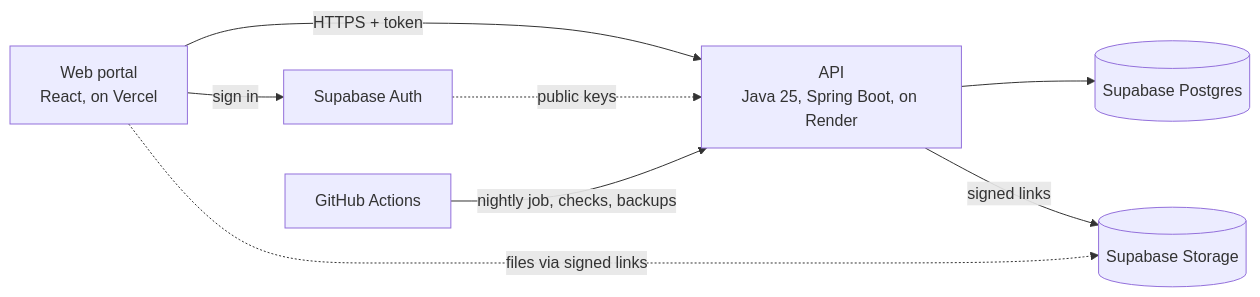
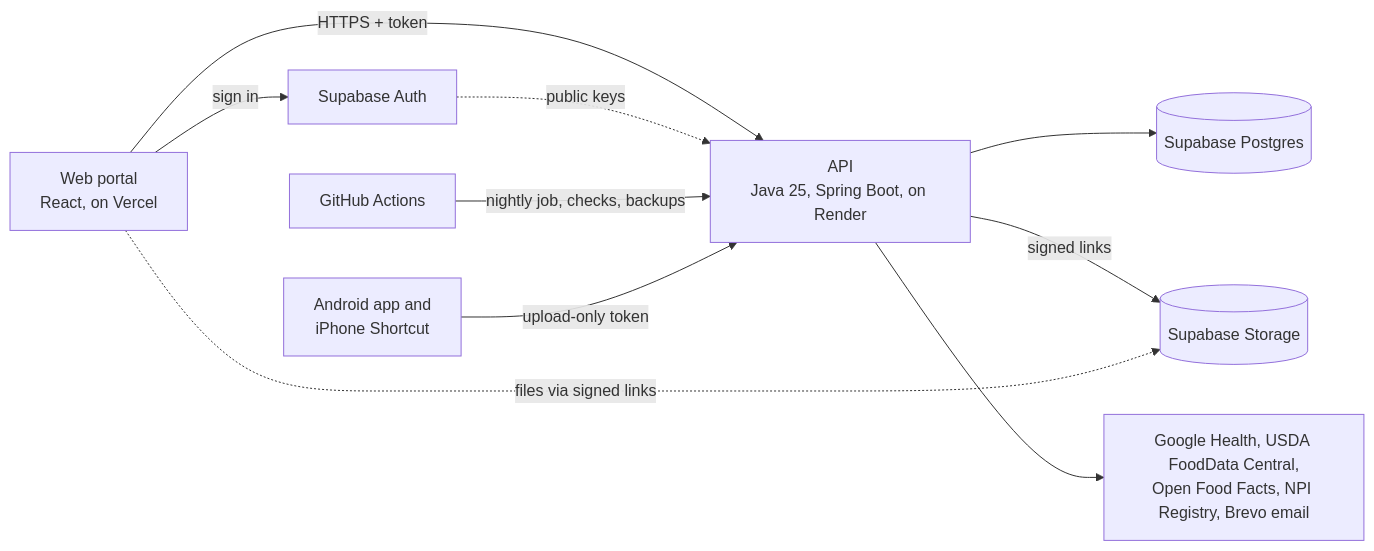
The diagram in README.md (Prabin-Aman/VitalLink), drawn with Mermaid before and after one commit. The commit also changed other lines of this file and 1 other file, not shown here.

Commit message:
Docs: README covers phones, Google Health and food search; full API config

````diff
--- a/README.md
+++ b/README.md
@@ -17,10 +31,12 @@
 ```mermaid
 flowchart LR
   B[Web portal<br/>React, on Vercel] -->|HTTPS + token| A[API<br/>Java 25, Spring Boot, on Render]
   B -->|sign in| S1[Supabase Auth]
   S1 -. public keys .-> A
   A --> S2[(Supabase Postgres)]
   A -->|signed links| S3[(Supabase Storage)]
   B -. files via signed links .-> S3
   G[GitHub Actions] -->|nightly job, checks, backups| A
+  P[Android app and<br/>iPhone Shortcut] -->|upload-only token| A
+  A --> X[Google Health, USDA FoodData Central,<br/>Open Food Facts, NPI Registry, Brevo email]
 ```
````
